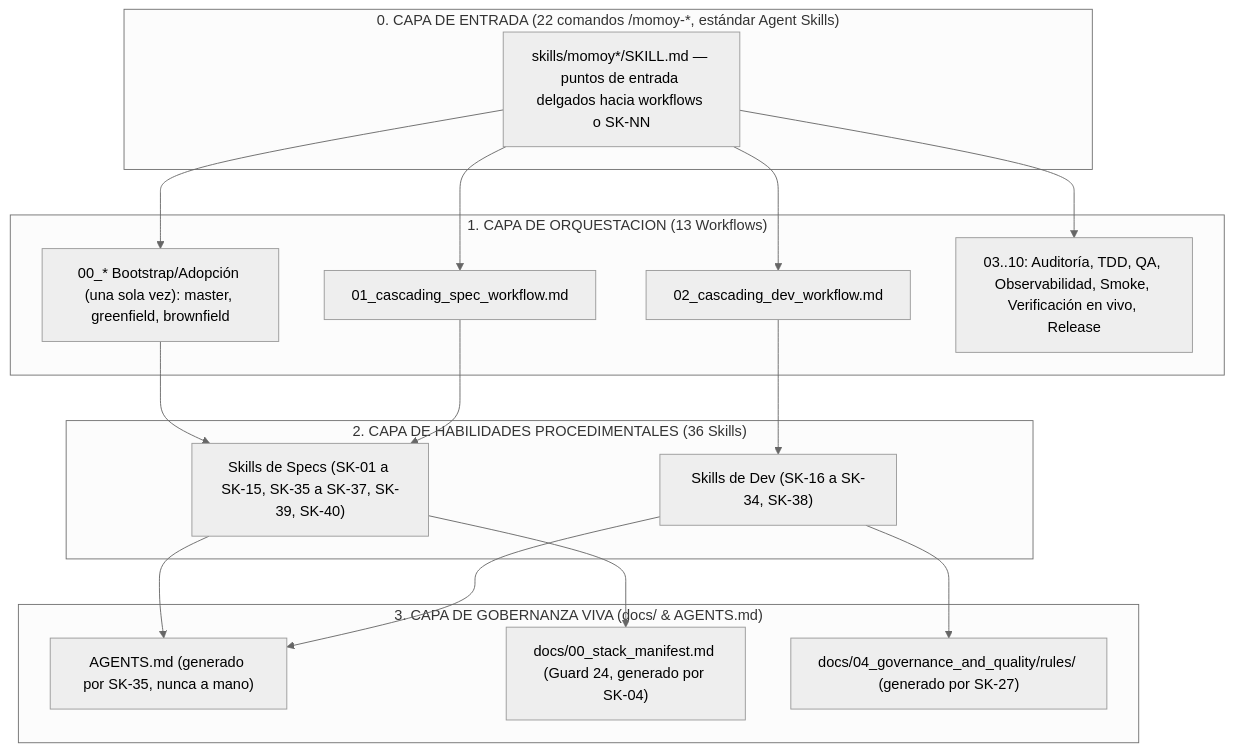
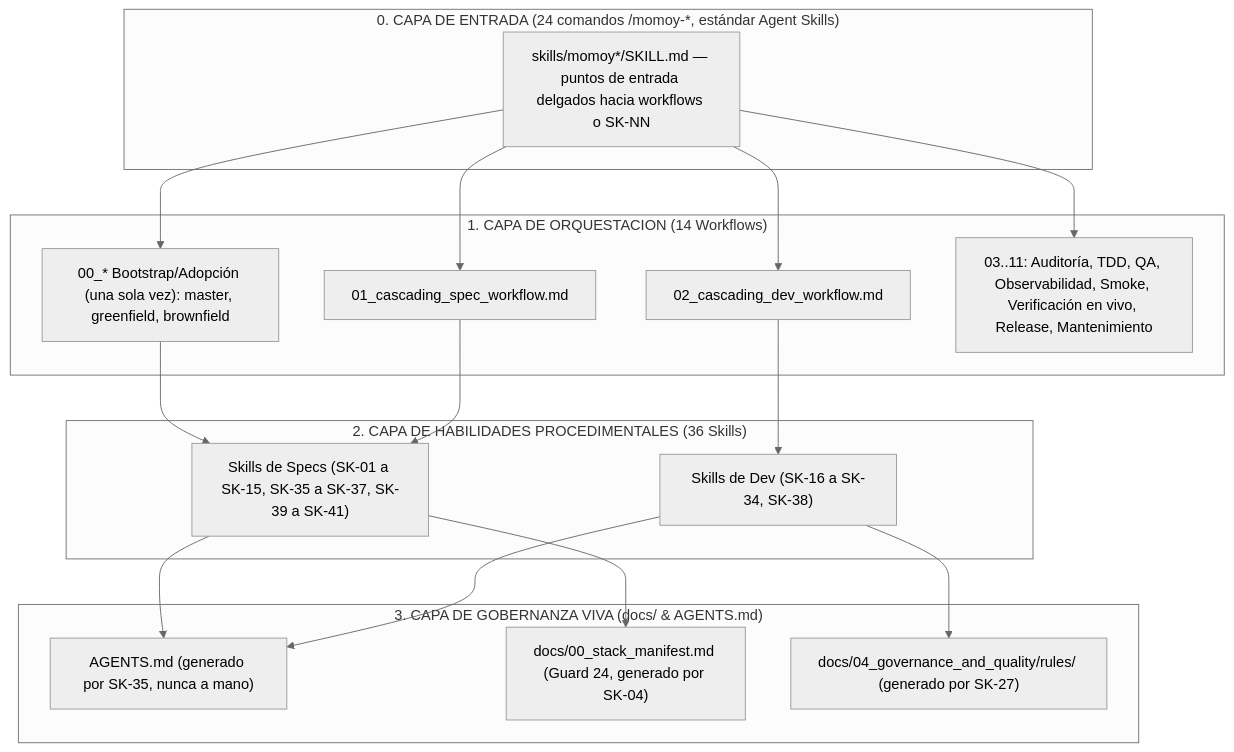
One commit to lacruzjd/AI4Devs-finalproject changed the diagram in .agents/README.md. Above: the diagram before and after it, drawn with Mermaid (neutral theme). The commit also changed other lines of this file and 8 other files, not shown here.

````diff
--- a/.agents/README.md
+++ b/.agents/README.md
@@ -55,36 +55,36 @@
 ```mermaid
 flowchart TD
-    subgraph CAPA0 ["0. CAPA DE ENTRADA (22 comandos /momoy-*, estándar Agent Skills)"]
+    subgraph CAPA0 ["0. CAPA DE ENTRADA (24 comandos /momoy-*, estándar Agent Skills)"]
         CMD["skills/momoy*/SKILL.md — puntos de entrada delgados hacia workflows o SK-NN"]
     end
 
-    subgraph CAPA1 ["1. CAPA DE ORQUESTACION (13 Workflows)"]
+    subgraph CAPA1 ["1. CAPA DE ORQUESTACION (14 Workflows)"]
         W00["00_* Bootstrap/Adopción (una sola vez): master, greenfield, brownfield"]
         W01["01_cascading_spec_workflow.md"]
         W02["02_cascading_dev_workflow.md"]
-        W0X["03..10: Auditoría, TDD, QA, Observabilidad, Smoke, Verificación en vivo, Release"]
+        W0X["03..11: Auditoría, TDD, QA, Observabilidad, Smoke, Verificación en vivo, Release, Mantenimiento"]
     end
 
     subgraph CAPA2 ["2. CAPA DE HABILIDADES PROCEDIMENTALES (36 Skills)"]
-        S_Spec["Skills de Specs (SK-01 a SK-15, SK-35 a SK-37, SK-39, SK-40)"]
+        S_Spec["Skills de Specs (SK-01 a SK-15, SK-35 a SK-37, SK-39 a SK-41)"]
         S_Dev["Skills de Dev (SK-16 a SK-34, SK-38)"]
     end
 
     subgraph CAPA3 ["3. CAPA DE GOBERNANZA VIVA (docs/ & AGENTS.md)"]
         AGENTS["AGENTS.md (generado por SK-35, nunca a mano)"]
         StackManifest["docs/00_stack_manifest.md (Guard 24, generado por SK-04)"]
         Rules["docs/04_governance_and_quality/rules/ (generado por SK-27)"]
     end
 
     CMD --> W00
     CMD --> W01
     CMD --> W02
     CMD --> W0X
     W00 --> S_Spec
     W01 --> S_Spec
     W02 --> S_Dev
     S_Spec --> AGENTS
     S_Spec --> StackManifest
     S_Dev --> AGENTS
     S_Dev --> Rules
 ```
````
